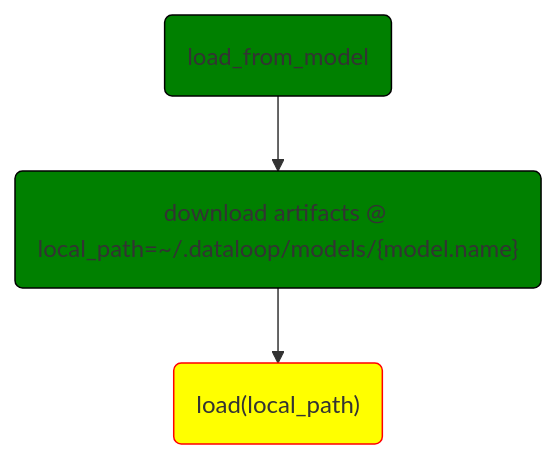
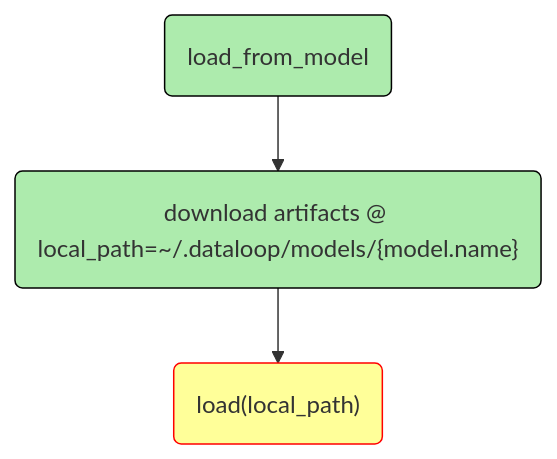
One commit to dataloop-ai/dtlpy-documentation changed the first of 5 diagrams in tutorials/model_management/advance/model_adapter_flows/chapter.md. Above: the diagram before and after it, drawn with Mermaid. The commit also changed other lines of this file and 1 other file, not shown here.

Commit message:
Changing color intensity of the flowchart blocks

````diff
--- a/tutorials/model_management/advance/model_adapter_flows/chapter.md
+++ b/tutorials/model_management/advance/model_adapter_flows/chapter.md
@@ -18,10 +18,10 @@
 ```mermaid
 flowchart TD 
     id1(load_from_model)-->
     id2("download artifacts @ \nlocal_path=~/.dataloop/models/{model.name}")-->
     id3("load(local_path)")
-    style id1 fill:green, stroke:black
-    style id2 fill:green, stroke:black
-    style id3 fill:yellow, stroke:red
+    style id1 fill:#adebad, stroke:black
+    style id2 fill:#adebad, stroke:black
+    style id3 fill:#ffff99, stroke:red
     click id3 "./#load"
 ```
````
